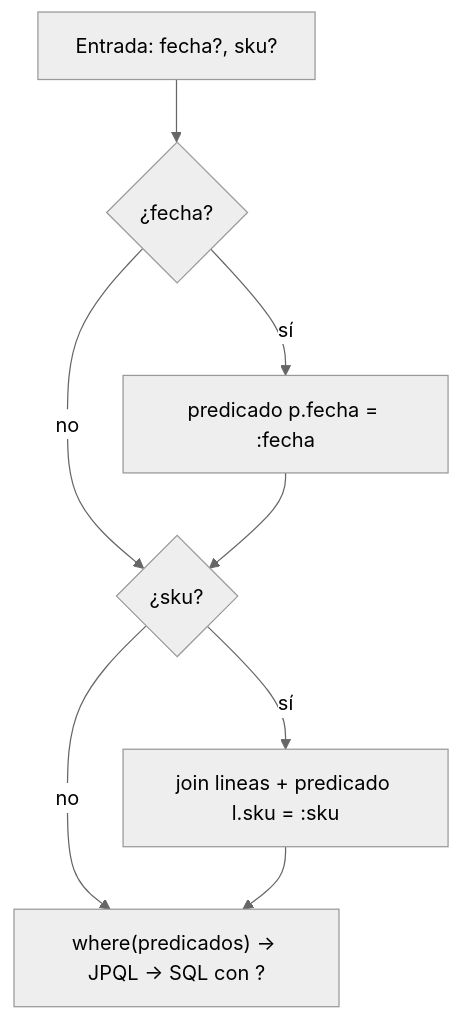
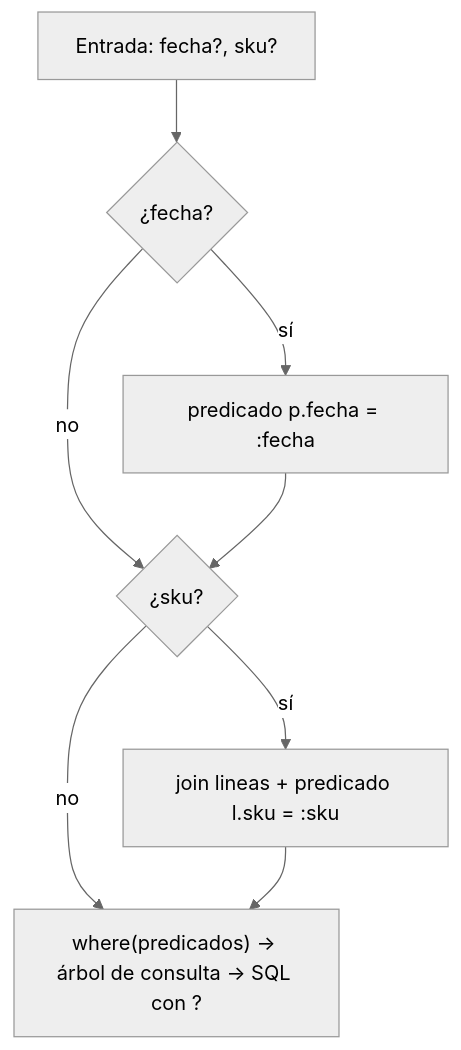
One commit to NICORUIZ93/The_Imperial_Book changed the fourth of 8 diagrams in web/public/content/java/modulo-16.md. Above: the diagram before and after it, drawn with Mermaid (neutral theme). The commit also changed other lines of this file and 65 other files, not shown here.

````diff
--- a/web/public/content/java/modulo-16.md
+++ b/web/public/content/java/modulo-16.md
@@ -1878,10 +2163,10 @@
 ```mermaid
 flowchart TD
   E["Entrada: fecha?, sku?"] --> F{"¿fecha?"}
   F -- sí --> P1["predicado p.fecha = :fecha"]
   F -- no --> G
   P1 --> G{"¿sku?"}
   G -- sí --> J["join lineas + predicado l.sku = :sku"]
   G -- no --> W
-  J --> W["where(predicados) → JPQL → SQL con ?"]
+  J --> W["where(predicados) → árbol de consulta → SQL con ?"]
 ```
````
